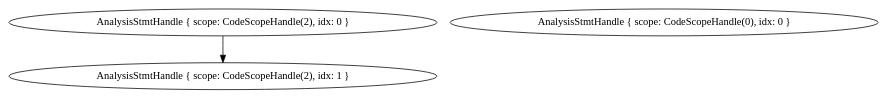
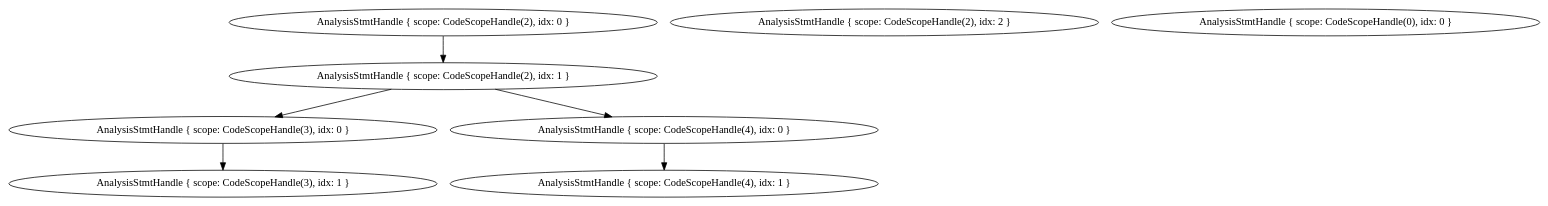
One commit to Almale02/blublang changed the diagram in blub/main.dot. Above: the diagram before and after it, drawn with Graphviz. The commit also changed 5 other files, not shown here.

Commit message:
pre code scope ref fix

```diff
--- a/blub/main.dot
+++ b/blub/main.dot
@@ -1,6 +1,15 @@
 digraph {
     0 [ label = "AnalysisStmtHandle { scope: CodeScopeHandle(2), idx: 0 }" ]
     1 [ label = "AnalysisStmtHandle { scope: CodeScopeHandle(2), idx: 1 }" ]
-    2 [ label = "AnalysisStmtHandle { scope: CodeScopeHandle(0), idx: 0 }" ]
+    2 [ label = "AnalysisStmtHandle { scope: CodeScopeHandle(3), idx: 0 }" ]
+    3 [ label = "AnalysisStmtHandle { scope: CodeScopeHandle(3), idx: 1 }" ]
+    4 [ label = "AnalysisStmtHandle { scope: CodeScopeHandle(4), idx: 0 }" ]
+    5 [ label = "AnalysisStmtHandle { scope: CodeScopeHandle(4), idx: 1 }" ]
+    6 [ label = "AnalysisStmtHandle { scope: CodeScopeHandle(2), idx: 2 }" ]
+    7 [ label = "AnalysisStmtHandle { scope: CodeScopeHandle(0), idx: 0 }" ]
+    1 -> 2 [ ]
+    2 -> 3 [ ]
     0 -> 1 [ ]
+    1 -> 4 [ ]
+    4 -> 5 [ ]
 }
```
